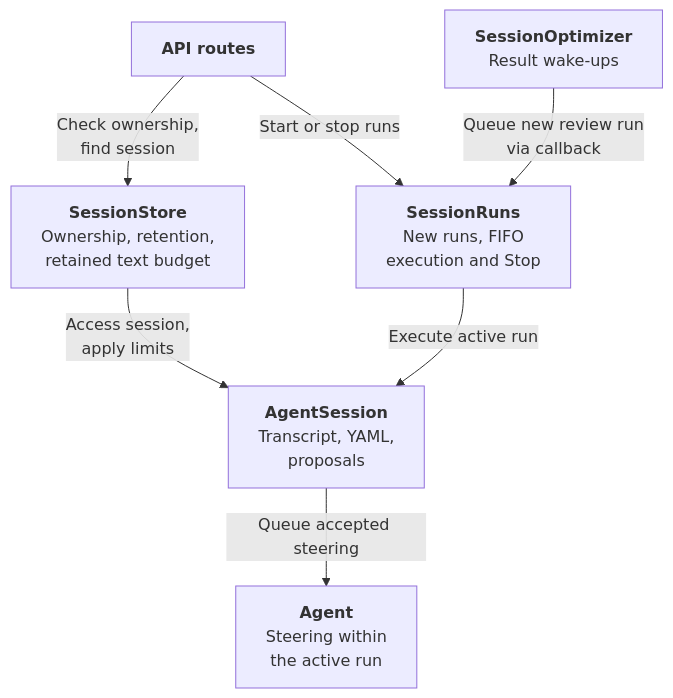
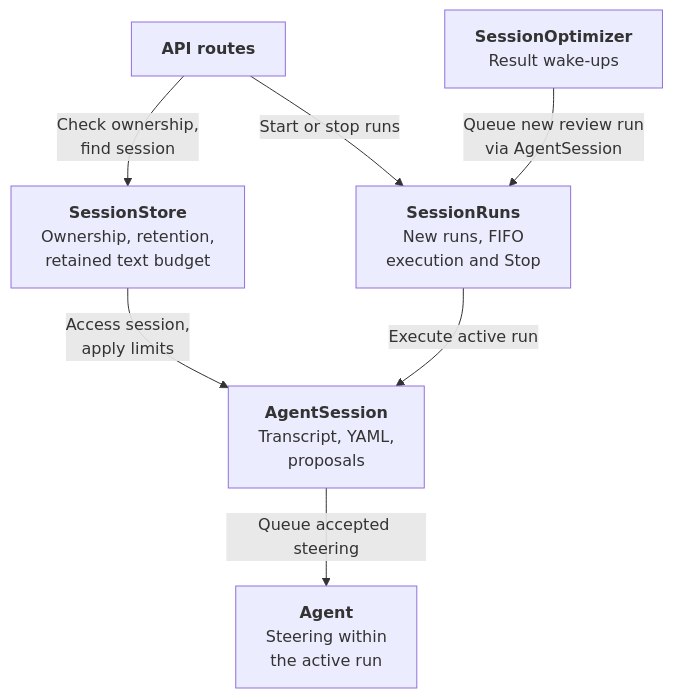
The third of 15 diagrams in docs/content/developer-guide/ai-assistant.md (j3soon/nurse-scheduling), drawn with Mermaid before and after one commit. The commit also changed other lines of this file and 2 other files, not shown here.

Commit message:
refactor(core/ai): own optimizer reviews in agent sessions
Delegate optimizer completion and updates from API callbacks to AgentSession. Keep FIFO review scheduling in SessionRuns, capture the snapshot at execution, and publish job updates through the existing session event stream.

Validation: Ruff and 70 optimizer, lifecycle, and replay tests passed. Strict documentation build and link checks passed. The updated ownership diagram was inspected in both themes at desktop width.

by Codex (gpt-6.1-sol)

````diff
--- a/docs/content/developer-guide/ai-assistant.md
+++ b/docs/content/developer-guide/ai-assistant.md
@@ -136,17 +136,17 @@
 ```mermaid
 flowchart TB
     Routes[<b>API routes</b>]
     Store[<b>SessionStore</b><br/>Ownership, retention,<br/>retained text budget]
     Queue[<b>SessionRuns</b><br/>New runs, FIFO<br/>execution and Stop]
     Session[<b>AgentSession</b><br/>Transcript, YAML,<br/>proposals]
     Agent[<b>Agent</b><br/>Steering within<br/>the active run]
     Jobs[<b>SessionOptimizer</b><br/>Result wake-ups]
 
     Routes -->|Check ownership,<br/>find session| Store
     Store -->|Access session,<br/>apply limits| Session
     Routes -->|Start or stop runs| Queue
     Queue -->|Execute active run| Session
     Session -->|Queue accepted steering| Agent
-    Jobs -->|Queue new review run<br/>via callback| Queue
+    Jobs -->|Queue new review run<br/>via AgentSession| Queue
 
 ```
````
